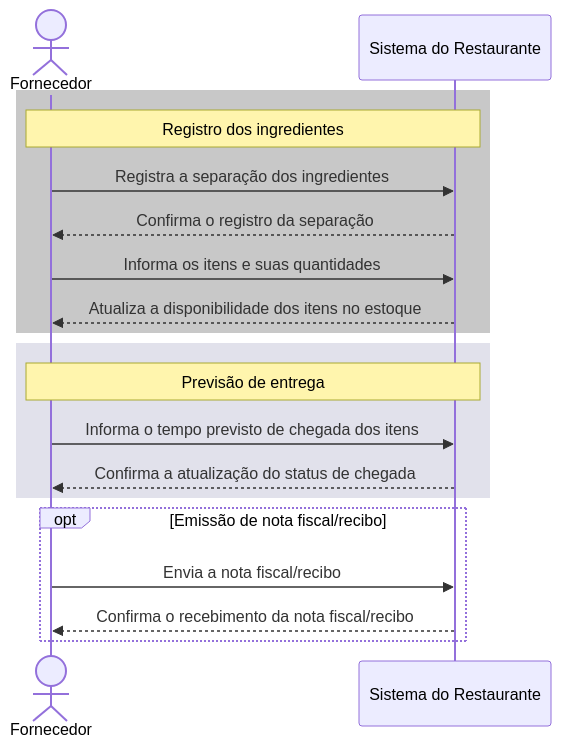
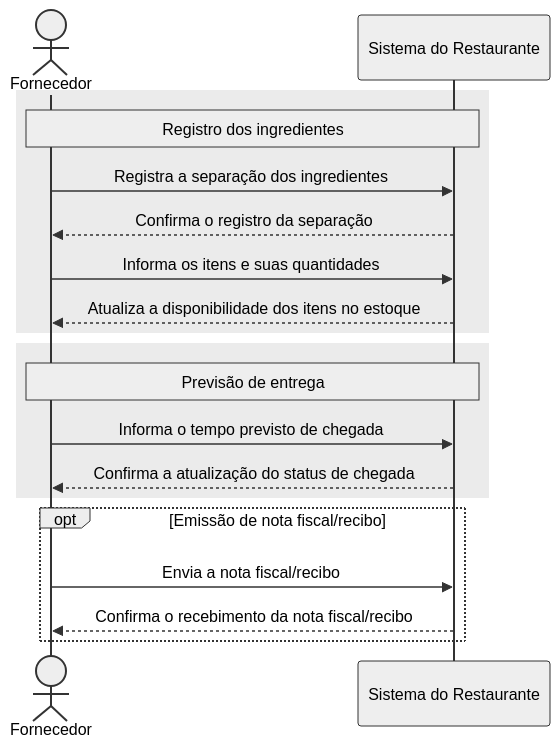
Before and after one commit to GusCage/teste: the diagram in sla.md, drawn with Mermaid.

Commit message:
Refine sequence diagram colors and text
Updated colors in the sequence diagram and modified text for clarity.

````diff
--- a/sla.md
+++ b/sla.md
@@ -2,24 +2,42 @@
 ```mermaid
+%%{init: {'theme':'base', 'themeVariables': {
+    'background':'#ffffff',
+    'primaryColor':'#e5e5e5',
+    'primaryTextColor':'#000000',
+    'primaryBorderColor':'#333333',
+    'lineColor':'#333333',
+    'textColor':'#000000',
+    'actorBkg':'#eeeeee',
+    'actorTextColor':'#000000',
+    'actorBorder':'#333333',
+    'signalColor':'#333333',
+    'signalTextColor':'#000000',
+    'labelTextColor':'#000000',
+    'noteBkgColor':'#eeeeee',
+    'noteTextColor':'#000000',
+    'noteBorderColor':'#333333'
+}}}%%
+
 sequenceDiagram
     actor Fornecedor
     participant Sistema as Sistema do Restaurante
 
-    rect rgb(200, 200, 200)
+    rect rgb(235, 235, 235)
         Note over Fornecedor,Sistema: Registro dos ingredientes
         Fornecedor->>Sistema: Registra a separação dos ingredientes
         Sistema-->>Fornecedor: Confirma o registro da separação
         Fornecedor->>Sistema: Informa os itens e suas quantidades
         Sistema-->>Fornecedor: Atualiza a disponibilidade dos itens no estoque
     end
 
-    rect rgb(225, 225, 235)
+    rect rgb(235, 235, 235)
         Note over Fornecedor,Sistema: Previsão de entrega
-        Fornecedor->>Sistema: Informa o tempo previsto de chegada dos itens
+        Fornecedor->>Sistema: Informa o tempo previsto de chegada
         Sistema-->>Fornecedor: Confirma a atualização do status de chegada
     end
 
     opt Emissão de nota fiscal/recibo
         Fornecedor->>Sistema: Envia a nota fiscal/recibo
         Sistema-->>Fornecedor: Confirma o recebimento da nota fiscal/recibo
     end
 ```
````
